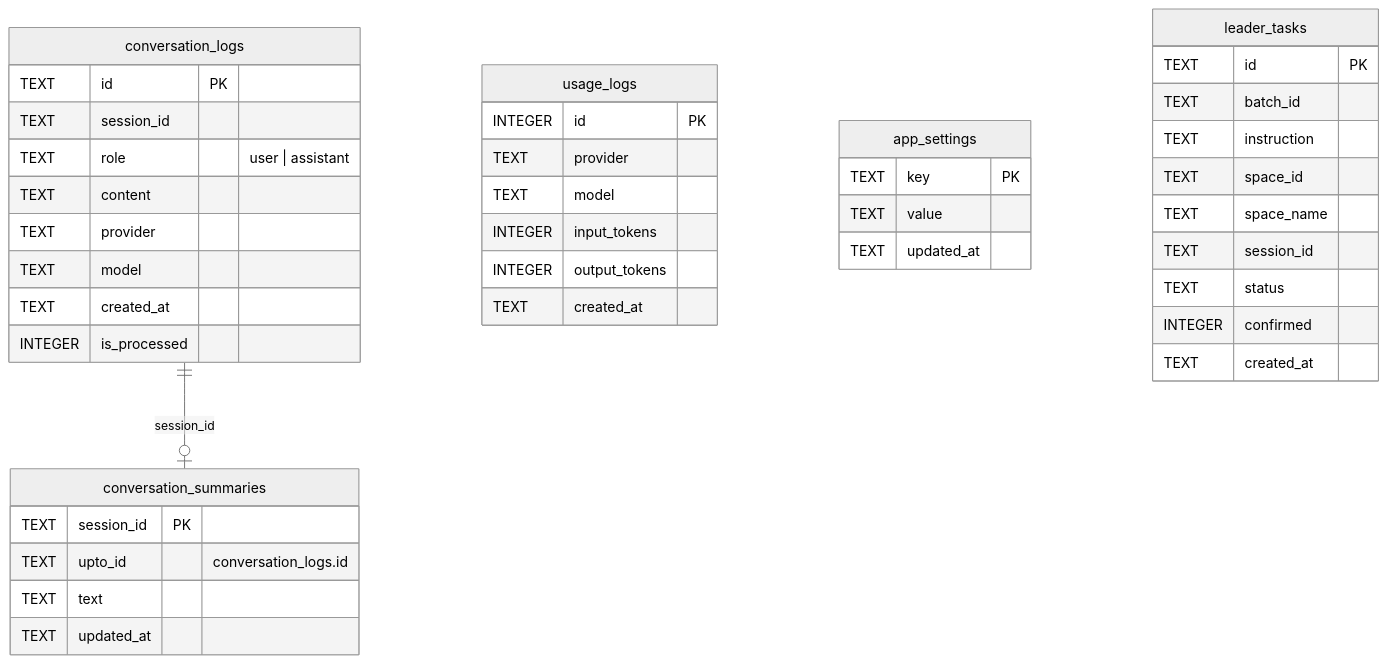
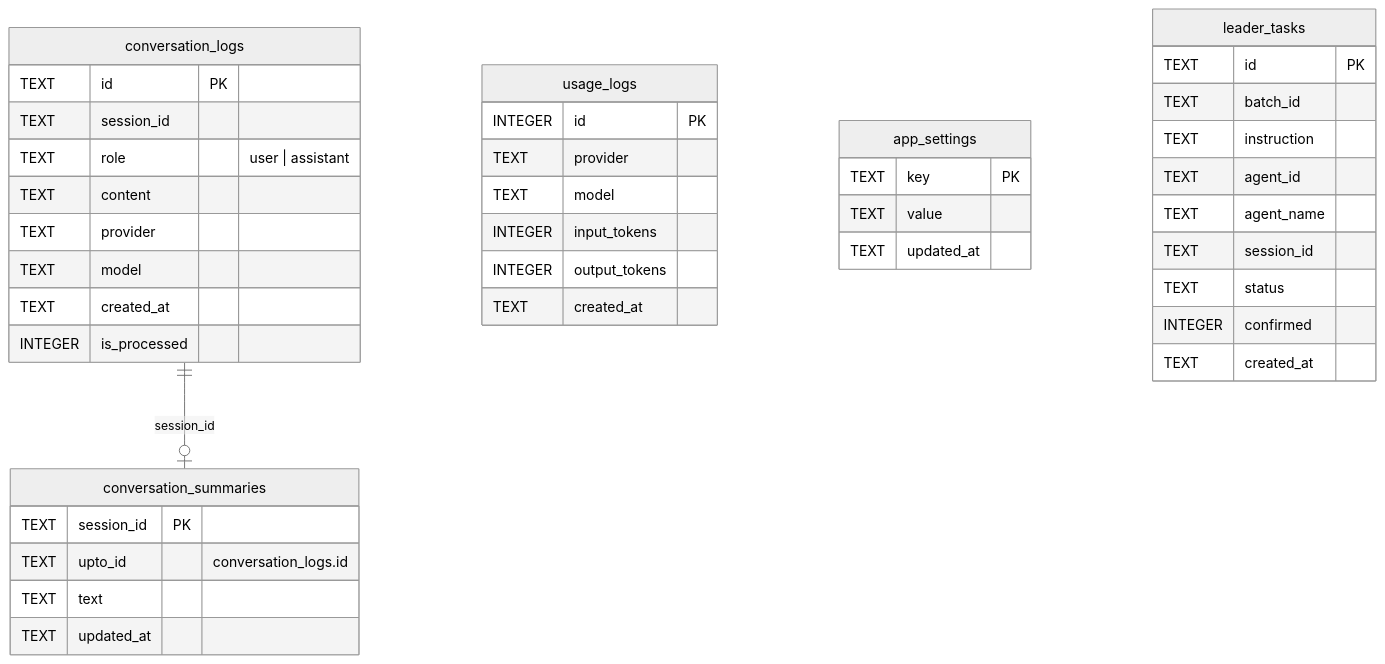
The diagram in docs/data-and-settings.md (long-in/MyAssistant), drawn with Mermaid (neutral theme) before and after one commit. The commit also changed other lines of this file and 84 other files, not shown here.

````diff
--- a/docs/data-and-settings.md
+++ b/docs/data-and-settings.md
@@ -27,44 +27,44 @@
 ```mermaid
 erDiagram
   conversation_logs ||--o| conversation_summaries : "session_id"
   conversation_logs {
     TEXT id PK
     TEXT session_id
     TEXT role "user | assistant"
     TEXT content
     TEXT provider
     TEXT model
     TEXT created_at
     INTEGER is_processed
   }
   conversation_summaries {
     TEXT session_id PK
     TEXT upto_id "conversation_logs.id"
     TEXT text
     TEXT updated_at
   }
   usage_logs {
     INTEGER id PK
     TEXT provider
     TEXT model
     INTEGER input_tokens
     INTEGER output_tokens
     TEXT created_at
   }
   app_settings {
     TEXT key PK
     TEXT value
     TEXT updated_at
   }
   leader_tasks {
     TEXT id PK
     TEXT batch_id
     TEXT instruction
-    TEXT space_id
-    TEXT space_name
+    TEXT agent_id
+    TEXT agent_name
     TEXT session_id
     TEXT status
     INTEGER confirmed
     TEXT created_at
   }
 ```
````
